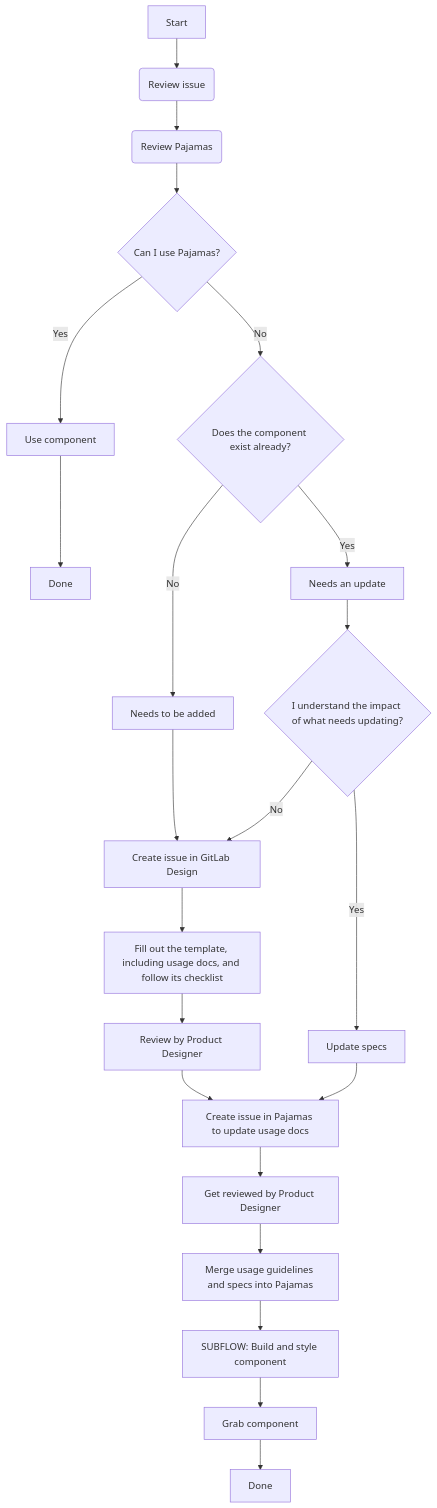
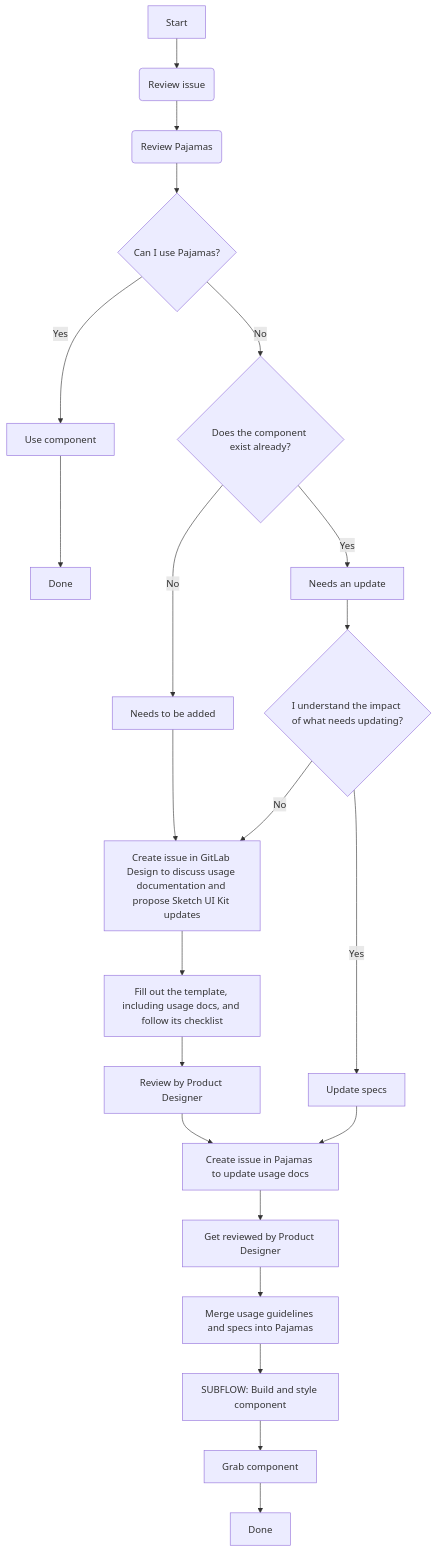
Before and after one commit to khulnasoft-lab/design.khulnasoft.com: the diagram in doc/component-lifecycle.md, drawn with Mermaid.

Commit message:
Apply suggestion to doc/component-lifecycle.md

````diff
--- a/doc/component-lifecycle.md
+++ b/doc/component-lifecycle.md
@@ -46,28 +46,28 @@
 ```mermaid
 graph TD;
 A[Start] -->B(Review issue)
 B--> C(Review Pajamas)
 click C "https://design.gitlab.com"
 C-->D{Can I use Pajamas?}
 D -->|Yes| E[Use component]
 E --> F[Done]
 D -->|No| G{Does the component exist already?}
 G-->|No| H[Needs to be added]
-H-->I[Create issue in GitLab Design]
+H-->I[Create issue in GitLab Design to discuss usage documentation and propose Sketch UI Kit updates]
 click I "https://gitlab.com/gitlab-org/gitlab-design/issues/new?issuable_template=UX%20Pattern"
 I-->J[Fill out the template, including usage docs, and follow its checklist]
 J-->K[Review by Product Designer]
 K-->L[Create issue in Pajamas to update usage docs]
 click L "https://gitlab.com/gitlab-org/gitlab-services/design.gitlab.com/issues/new"
 L-->M[Get reviewed by Product Designer]
 M-->N[Merge usage guidelines and specs into Pajamas]
 N-->O[SUBFLOW: Build and style component]
 click O "https://gitlab.com/gitlab-org/gitlab-ui/blob/master/doc/component-lifecycle.md"
 O-->P[Grab component]
 P-->Q[Done]
 G-->|Yes| R[Needs an update]
 R-->S{I understand the impact of what needs updating?}
 S-->|Yes| T[Update specs]
 T-->L
 S-->|No| I
 ```
````
